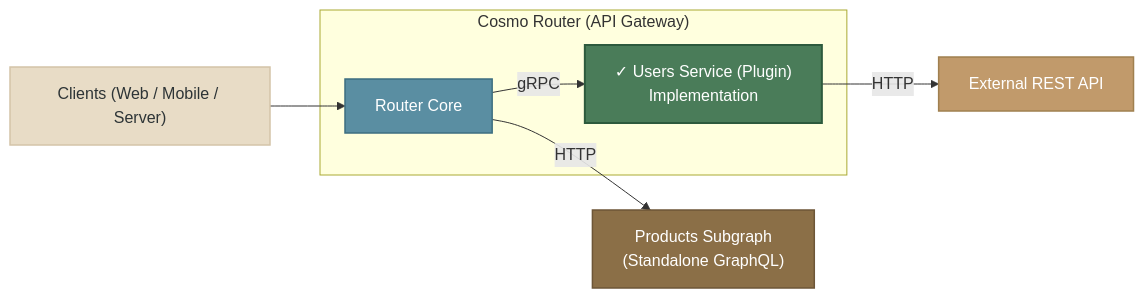
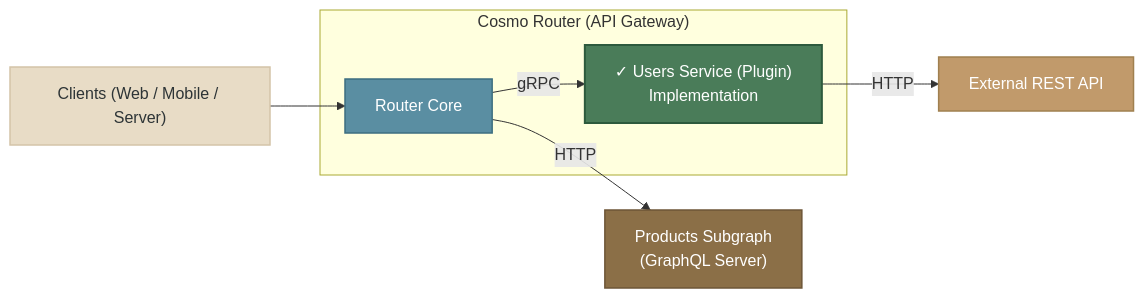
One commit to wundergraph/cosmo-plugin-demo changed the diagram in README.md. Above: the diagram before and after it, drawn with Mermaid.

Commit message:
chore: improve diagram

````diff
--- a/README.md
+++ b/README.md
@@ -29,26 +29,26 @@
 ```mermaid
 graph LR
   client["Clients (Web / Mobile / Server)"] --> routerCore["Router Core"]
 
       subgraph routerBox["Cosmo Router (API Gateway)"]
       routerCore
       plugin["✓ Users Service (Plugin)<br/>Implementation"]
       routerCore -->|gRPC| plugin
     end
 
-  routerCore -->|HTTP| subA["Products Subgraph<br/>(Standalone GraphQL)"]
+  routerCore -->|HTTP| subA["Products Subgraph<br/>(GraphQL Server)"]
 
   plugin -->|HTTP| restA["External REST API"]
 
   %% Styling
   classDef pluginFill fill:#4a7c59,stroke:#2d5a3d,stroke-width:2px,color:#ffffff;
   classDef restFill fill:#c19a6b,stroke:#a0804f,stroke-width:1.5px,color:#ffffff;
   classDef routerFill fill:#5a8ea2,stroke:#3d6e80,stroke-width:1.5px,color:#ffffff;
   classDef subgraphFill fill:#8b6f47,stroke:#6d5637,stroke-width:1.5px,color:#ffffff;
   classDef clientFill fill:#e8dcc6,stroke:#d4c4a8,stroke-width:1.5px,color:#2d3436;
   class plugin pluginFill;
   class restA restFill;
   class routerCore routerFill;
   class subA subgraphFill;
   class client clientFill;
 ```
````
